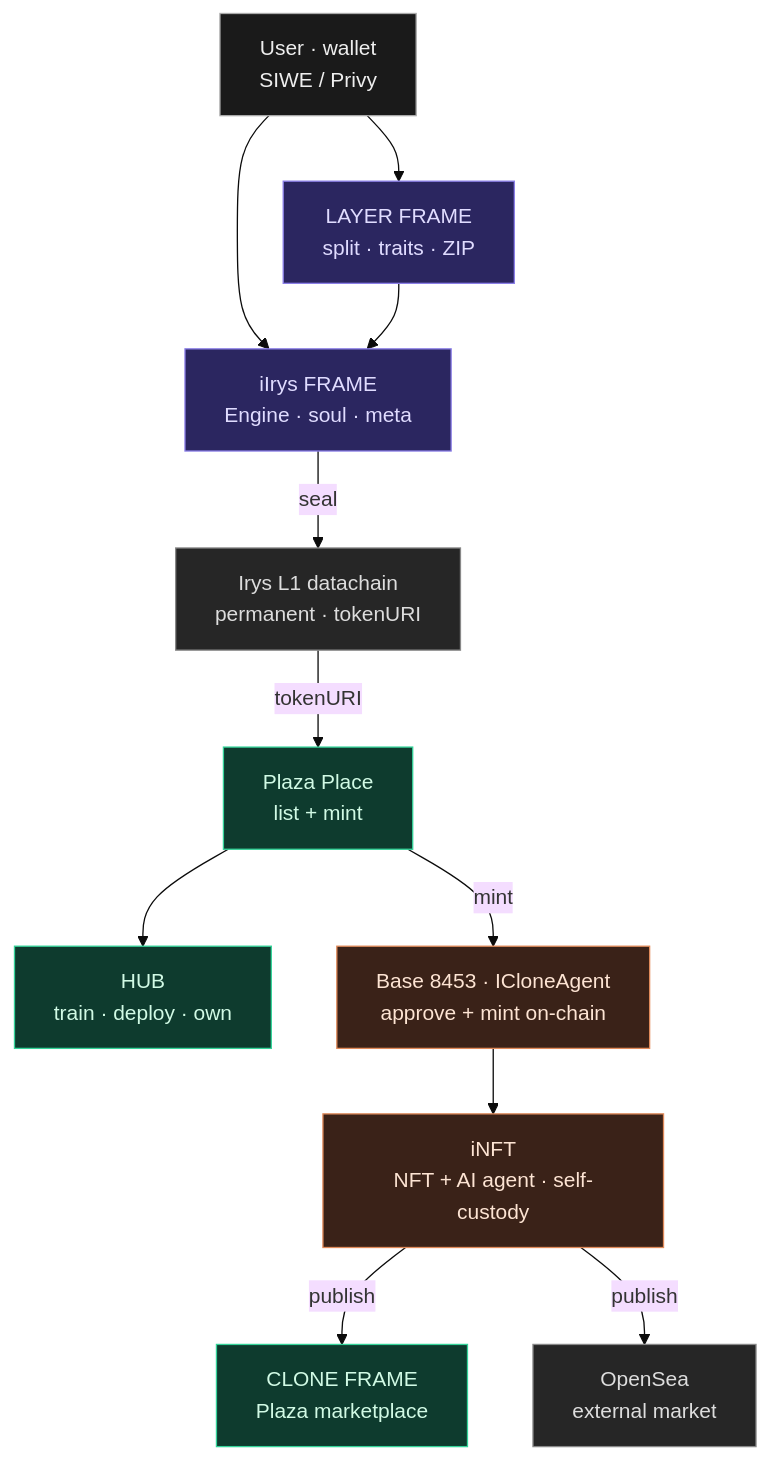
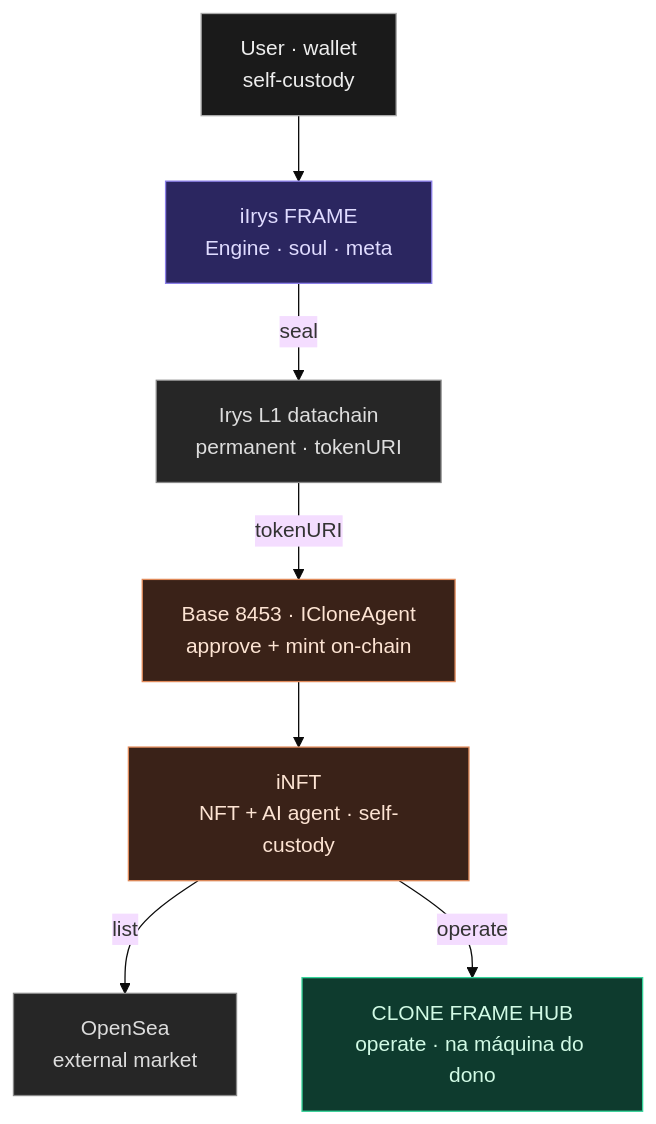
One commit to devclone20/clone-frame changed the second of 2 diagrams in docs/ARCHITECTURE.md. Above: the diagram before and after it, drawn with Mermaid (base theme). The commit also changed other lines of this file and 9 other files, not shown here.

````diff
--- a/docs/ARCHITECTURE.md
+++ b/docs/ARCHITECTURE.md
@@ -30,28 +28,21 @@
 ```mermaid
 flowchart TB
-  U["User · wallet<br/>SIWE / Privy"]:::neutral
-  LF["LAYER FRAME<br/>split · traits · ZIP"]:::open
+  U["User · wallet<br/>self-custody"]:::neutral
   IF["iIrys FRAME<br/>Engine · soul · meta"]:::open
   IRYS["Irys L1 datachain<br/>permanent · tokenURI"]:::ext
-  PP["Plaza Place<br/>list + mint"]:::hosted
-  HUB["HUB<br/>train · deploy · own"]:::hosted
+  HUB["CLONE FRAME HUB<br/>operate · na máquina do dono"]:::hosted
   BASE["Base 8453 · ICloneAgent<br/>approve + mint on-chain"]:::chain
   INFT["iNFT<br/>NFT + AI agent · self-custody"]:::chain
-  CF["CLONE FRAME<br/>Plaza marketplace"]:::hosted
   OS["OpenSea<br/>external market"]:::ext
-  U --> LF
   U --> IF
-  LF --> IF
   IF -->|seal| IRYS
-  IRYS -->|tokenURI| PP
-  PP --> HUB
-  PP -->|mint| BASE
+  IRYS -->|tokenURI| BASE
   BASE --> INFT
-  INFT -->|publish| CF
-  INFT -->|publish| OS
+  INFT -->|list| OS
+  INFT -->|operate| HUB
   classDef hosted fill:#0e3b2e,stroke:#34d399,color:#d1fae5;
   classDef open fill:#2b2660,stroke:#8b7fe8,color:#e0dcff;
   classDef chain fill:#3a2218,stroke:#e08a5a,color:#fde4d3;
   classDef ext fill:#262626,stroke:#888888,color:#dddddd;
   classDef neutral fill:#1a1a1a,stroke:#aaaaaa,color:#eeeeee;
 ```
````
